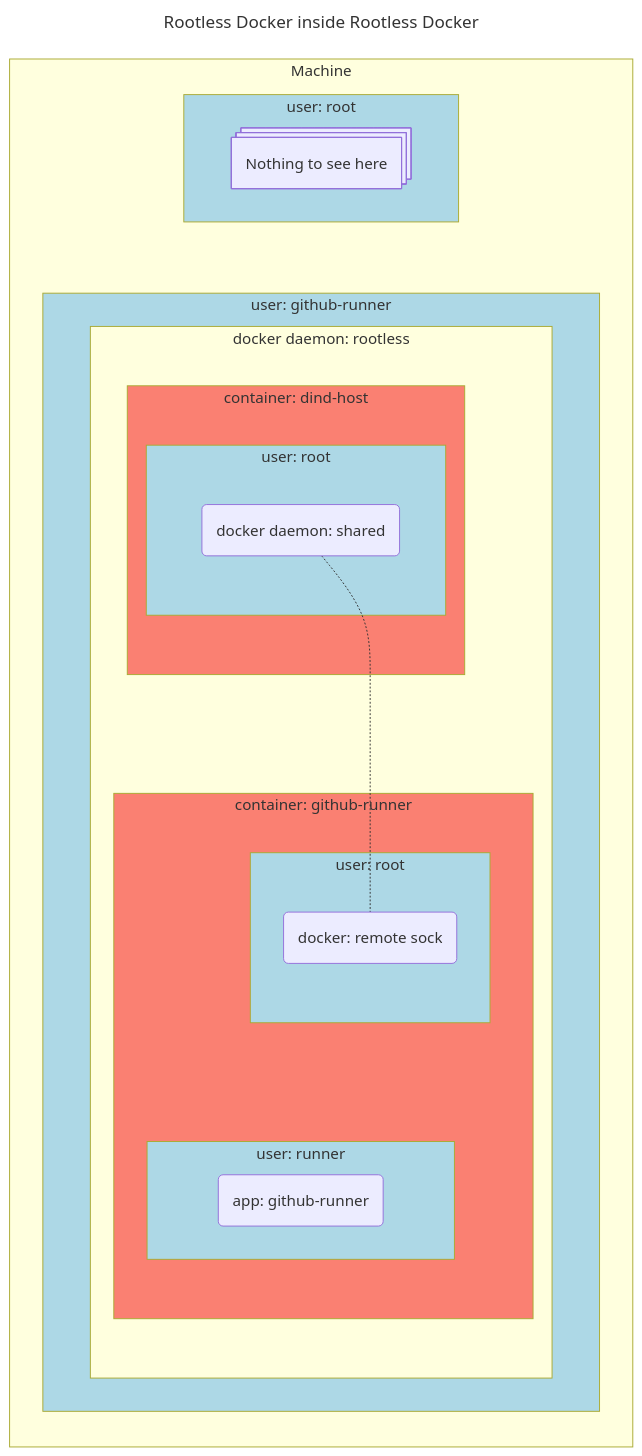
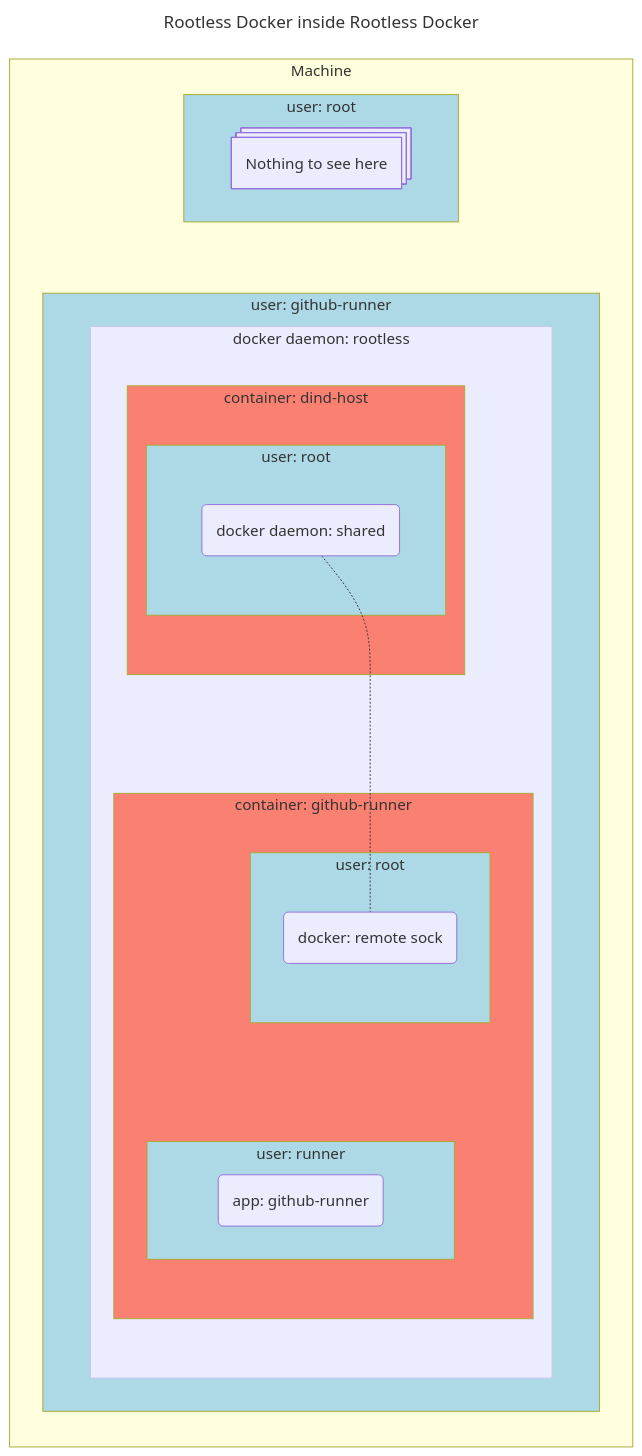
The diagram in README.md (ibp-network/ansible-role-github-runner-ephemeral), drawn with Mermaid before and after one commit.

````diff
--- a/README.md
+++ b/README.md
@@ -21,60 +21,61 @@
 ```mermaid
 ---
 title: Rootless Docker inside Rootless Docker
 ---
 flowchart LR
 
   subgraph machine [Machine]
 
     subgraph root1 [user: root]
       style root1 fill:lightblue
       A@{ shape: st-rect, label: "Nothing to see here" }
     end
 
     subgraph user1 ["user: github-runner"]
       style user1 fill:lightblue
       
       subgraph daemon1 ["docker daemon: rootless"]
+        style daemon1 fill:#ECECFF,stroke:#C6C6F1
 
         subgraph container1 ["container: dind-host"]
           style container1 fill:salmon
 
           subgraph root2 ["user: root"]
             style root2 fill:lightblue
 
             daemon2("docker daemon: shared")
 
           end
 
         end
 
         subgraph container2 ["container: github-runner"]
           style container2 fill:salmon
 
           subgraph root5 ["user: root"]
             style root5 fill:lightblue
 
             daemon3("docker: remote sock")
 
           end
 
           subgraph user5 ["user: runner"]
             style user5 fill:lightblue
 
             app("app: github-runner")
 
           end
             
         end
 
       end
 
     end
 
     root1 ~~~ user1
     container1 ~~~ container2
     daemon2 -.- daemon3
     root5 ~~~ user5
     
   end
 ```
````
